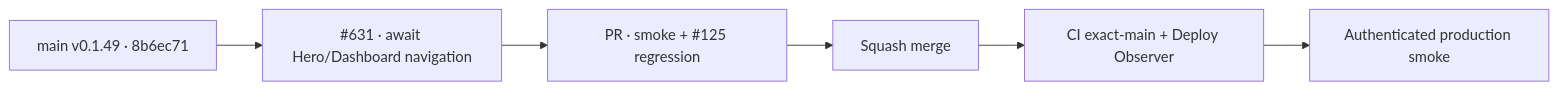
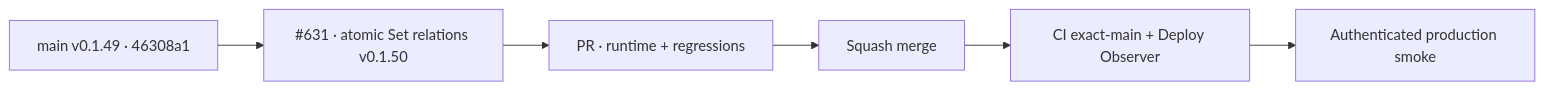
One commit to pl0n3r/brvtal changed the diagram in README.md. Above: the diagram before and after it, drawn with Mermaid. The commit also changed other lines of this file and 7 other files, not shown here.

First line of the commit message:
fix(admin): make Set relation hydration atomic (v0.1.50) (#645)

````diff
--- a/README.md
+++ b/README.md
@@ -50,6 +50,6 @@
 ```mermaid
 flowchart LR
- B["main v0.1.49 · 8b6ec71"] --> F["#631 · await Hero/Dashboard navigation"]
- F --> P["PR · smoke + #125 regression"] --> M["Squash merge"]
+ B["main v0.1.49 · 46308a1"] --> F["#631 · atomic Set relations v0.1.50"]
+ F --> P["PR · runtime + regressions"] --> M["Squash merge"]
  M --> C["CI exact-main + Deploy Observer"] --> S["Authenticated production smoke"]
 ```
````
